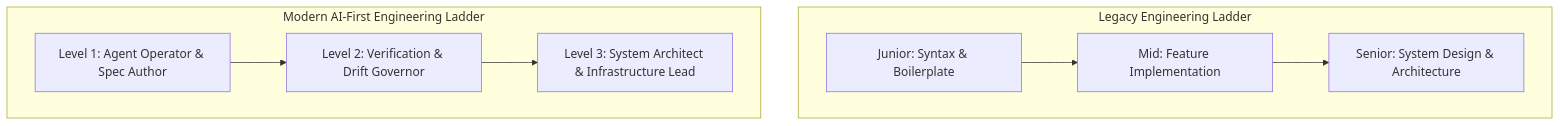
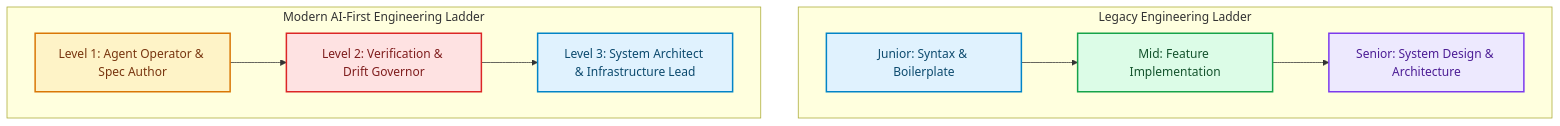
One commit to akmalkhaniub/akmalkhaniub.github.io changed the diagram in blog/posts/tech-lead-mentorship-career-laddering-post-junior-era.md. Above: the diagram before and after it, drawn with Mermaid. The commit also changed other lines of this file and 1291 other files, not shown here.

First line of the commit message:
feat(catalog): unique covers, scholarly references, and diagram palettes

````diff
--- a/blog/posts/tech-lead-mentorship-career-laddering-post-junior-era.md
+++ b/blog/posts/tech-lead-mentorship-career-laddering-post-junior-era.md
@@ -17,11 +17,22 @@
 ```mermaid
 flowchart TD
   subgraph SG1_LegacyEngineeringLadder ["Legacy Engineering Ladder"]
-    L1[Junior: Syntax & Boilerplate] --> L2[Mid: Feature Implementation]
-    L2 --> L3[Senior: System Design & Architecture]
+    L1["Junior: Syntax & Boilerplate"] --> L2["Mid: Feature Implementation"]
+    L2 --> L3["Senior: System Design & Architecture"]
   end
   subgraph SG2_ModernAiFirst ["Modern AI-First Engineering Ladder"]
-    M1[Level 1: Agent Operator & Spec Author] --> M2[Level 2: Verification & Drift Governor]
-    M2 --> M3[Level 3: System Architect & Infrastructure Lead]
+    M1["Level 1: Agent Operator & Spec Author"] --> M2["Level 2: Verification & Drift Governor"]
+    M2 --> M3["Level 3: System Architect & Infrastructure Lead"]
   end
+
+classDef green fill:#dcfce7,stroke:#16a34a,stroke-width:2px,color:#14532d;
+classDef red fill:#fee2e2,stroke:#dc2626,stroke-width:2px,color:#7f1d1d;
+classDef blue fill:#e0f2fe,stroke:#0284c7,stroke-width:2px,color:#0c4a6e;
+classDef yellow fill:#fef3c7,stroke:#d97706,stroke-width:2px,color:#78350f;
+classDef purple fill:#ede9fe,stroke:#7c3aed,stroke-width:2px,color:#4c1d95;
+class L1,M3 blue
+class L2 green
+class L3 purple
+class M1 yellow
+class M2 red
 ```
````
